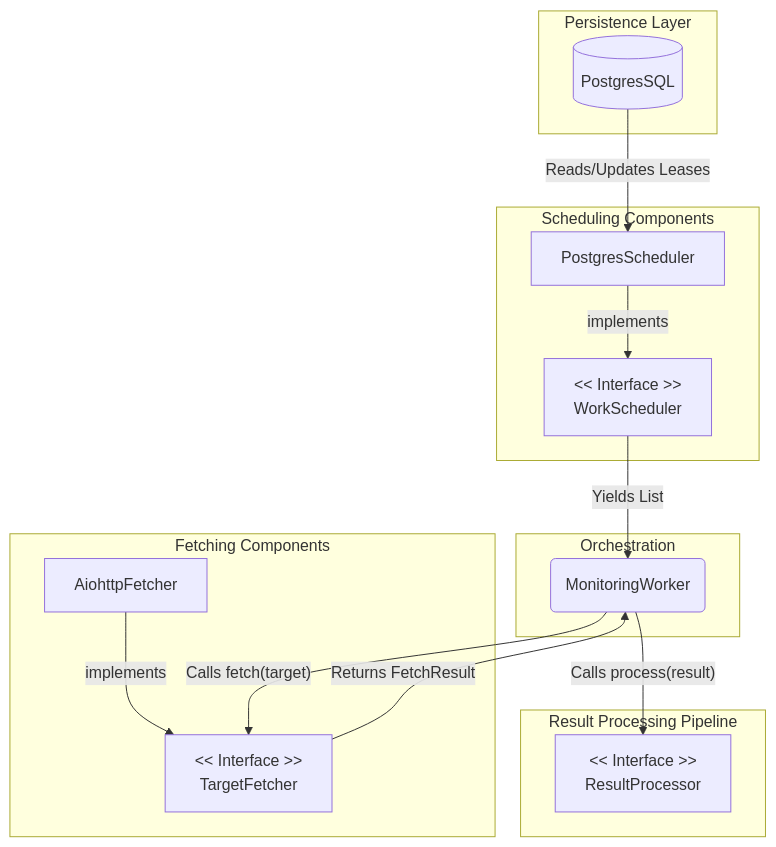
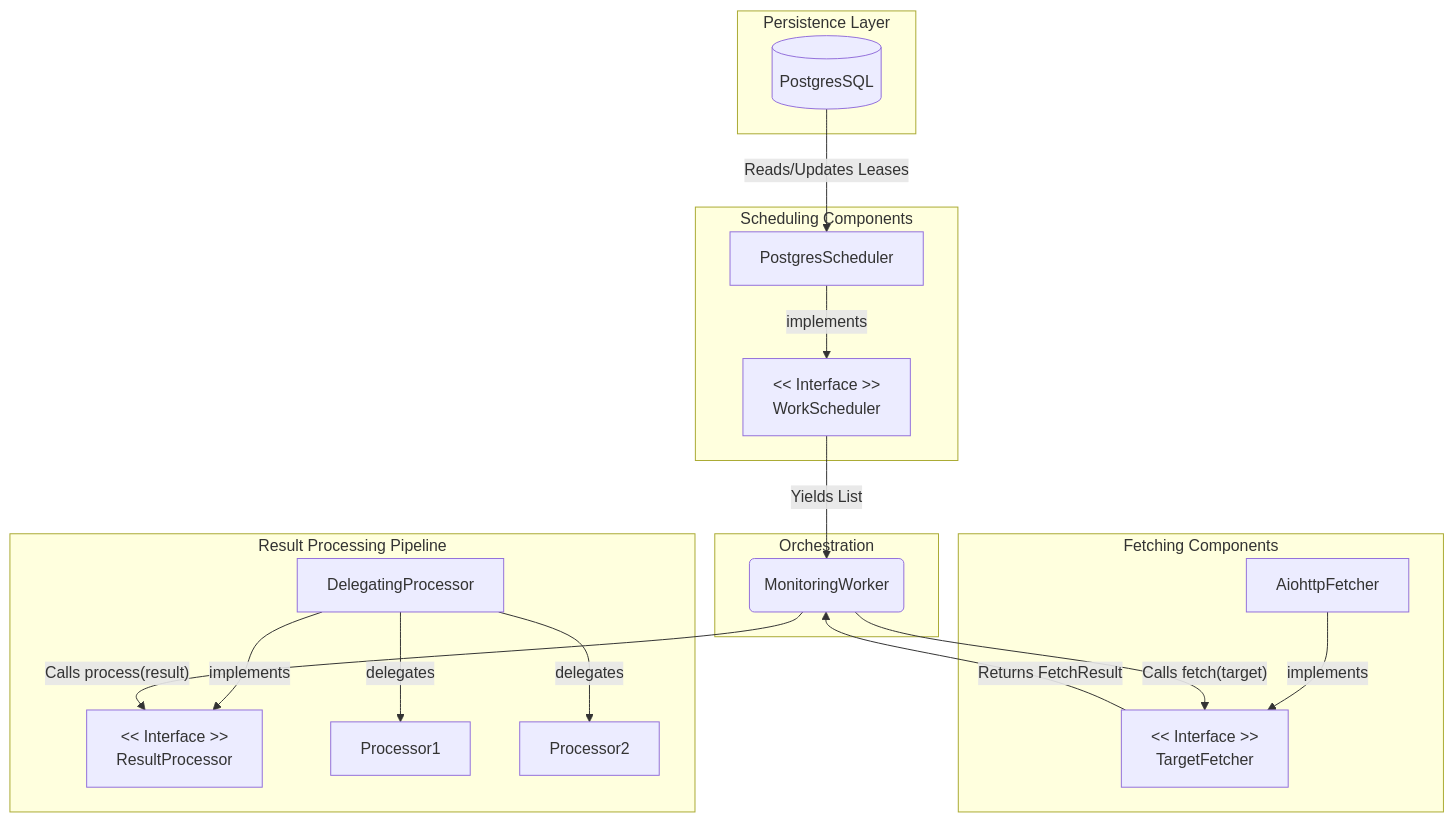
One commit to dmgiangi/website-monitor changed the diagram in README.md. Above: the diagram before and after it, drawn with Mermaid. The commit also changed other lines of this file and 38 other files, not shown here.

````diff
--- a/README.md
+++ b/README.md
@@ -68,33 +69,40 @@
 ```mermaid
 graph TD
     subgraph "Persistence Layer"
         PostgresSQL[(PostgresSQL)]
     end
 
     subgraph "Scheduling Components"
         I_Scheduler["<< Interface >>\nWorkScheduler"]
         PostgresScheduler[PostgresScheduler]
         PostgresScheduler -- implements --> I_Scheduler
         PostgresSQL -- " Reads/Updates Leases " --> PostgresScheduler
     end
 
     subgraph "Orchestration"
         Orchestrator(MonitoringWorker)
     end
 
     subgraph "Fetching Components"
         I_Fetcher["<< Interface >>\nTargetFetcher"]
         AiohttpFetcher[AiohttpFetcher]
         AiohttpFetcher -- implements --> I_Fetcher
     end
 
     subgraph "Result Processing Pipeline"
         I_Processor["<< Interface >>\nResultProcessor"]
+        DelegatingProcessor[DelegatingProcessor]
+        DelegatingProcessor -- implements --> I_Processor
+        Processor1[Processor1]
+        Processor2[Processor2]
+        DelegatingProcessor -- delegates --> Processor1
+        DelegatingProcessor -- delegates --> Processor2
+
     end
 
 %% Data Flow
     I_Scheduler -- " Yields List<Target> " --> Orchestrator
     Orchestrator -- " Calls fetch(target) " --> I_Fetcher
     I_Fetcher -- " Returns FetchResult " --> Orchestrator
     Orchestrator -- " Calls process(result) " --> I_Processor
 ```
````
